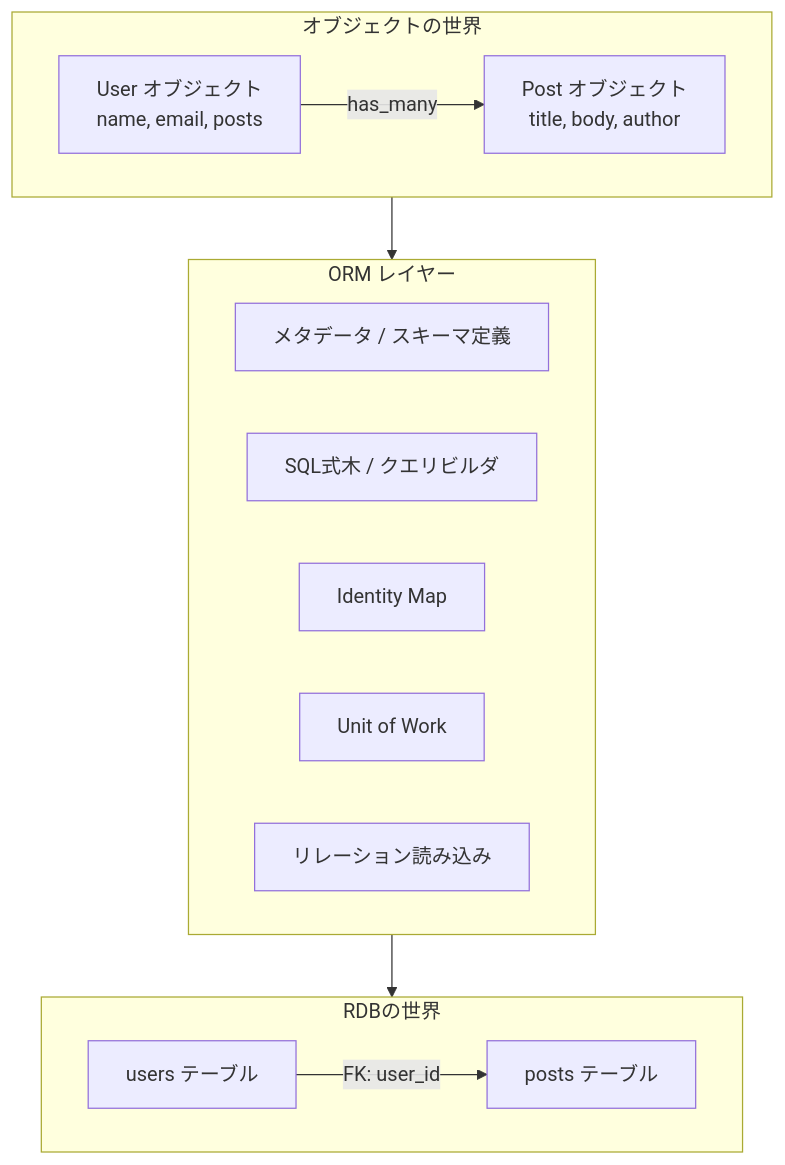
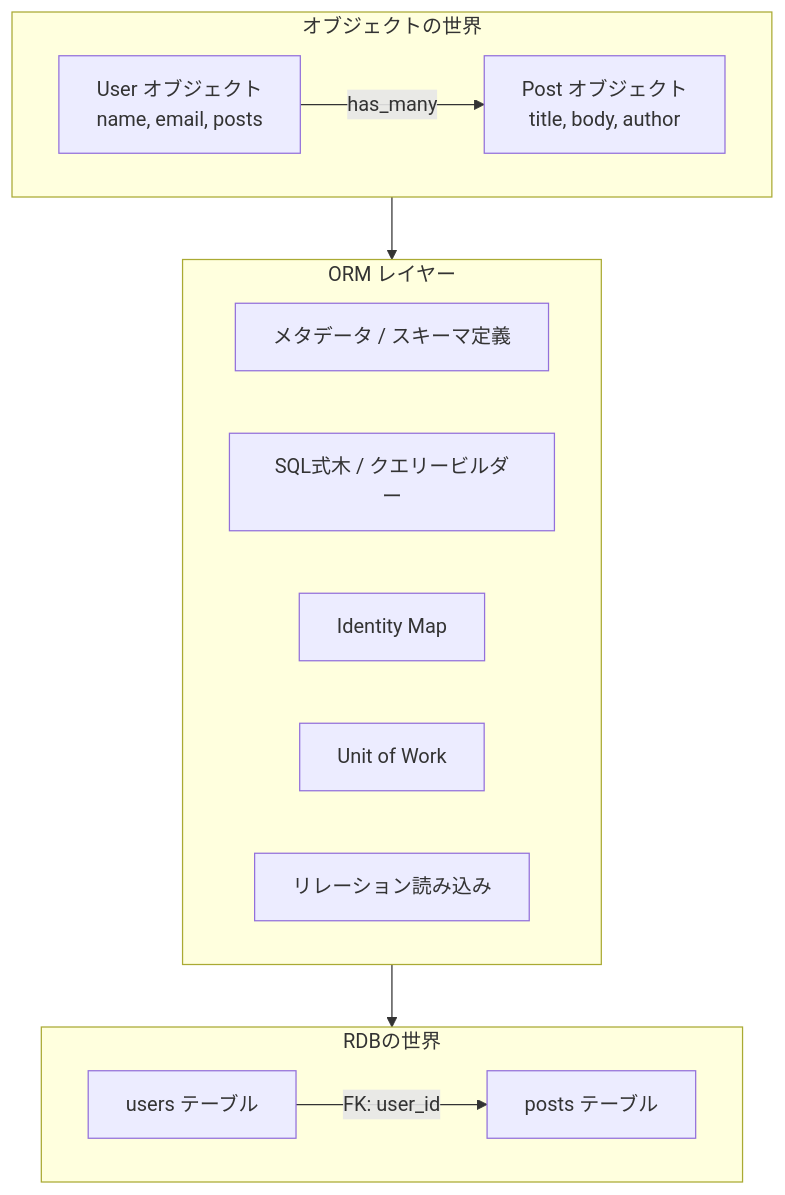
One commit to yoichiozaki/yoichiozaki.github.io changed the first of 4 diagrams in content/blog/ja/orm-internals.mdx. Above: the diagram before and after it, drawn with Mermaid. The commit also changed other lines of this file and 117 other files, not shown here.

````diff
--- a/content/blog/ja/orm-internals.mdx
+++ b/content/blog/ja/orm-internals.mdx
@@ -16,22 +16,22 @@
 ```mermaid
 graph TB
     subgraph ObjWorld["オブジェクトの世界"]
         U["User オブジェクト<br/>name, email, posts"]
         P["Post オブジェクト<br/>title, body, author"]
         U -->|has_many| P
     end
     subgraph ORM["ORM レイヤー"]
         Meta["メタデータ / スキーマ定義"]
-        QB["SQL式木 / クエリビルダ"]
+        QB["SQL式木 / クエリービルダー"]
         IM["Identity Map"]
         UOW["Unit of Work"]
         RL["リレーション読み込み"]
     end
     subgraph DBWorld["RDBの世界"]
         UT["users テーブル"]
         PT["posts テーブル"]
         UT -->|FK: user_id| PT
     end
     ObjWorld --> ORM
     ORM --> DBWorld
 ```
````
